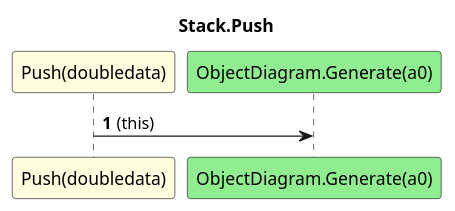
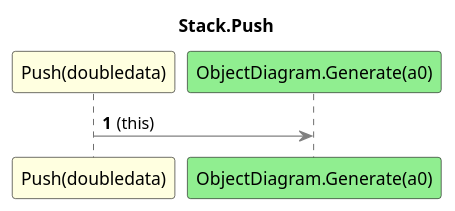
The diagram in UPNCalculator.ConApp/diagrams/sq_Stack_Push.puml (leoggehrer/2324-34_ABIF_ACIF_POSE), drawn with PlantUML before and after one commit. The commit also changed 12 other files, not shown here.

Commit message:
Generated object diagram.

```diff
--- a/UPNCalculator.ConApp/diagrams/sq_Stack_Push.puml
+++ b/UPNCalculator.ConApp/diagrams/sq_Stack_Push.puml
@@ -1,7 +1,7 @@
 @startuml Stack.Push
 title Stack.Push
 participant "Push(doubledata)" as Push_p0 #LightYellow
 participant "ObjectDiagram.Generate(a0)" as ObjectDiagram_Generate_a0 #LightGreen
 autonumber
-Push_p0 -> ObjectDiagram_Generate_a0 : (this)
+Push_p0 -[#grey]> ObjectDiagram_Generate_a0 : (this)
 @enduml
```
